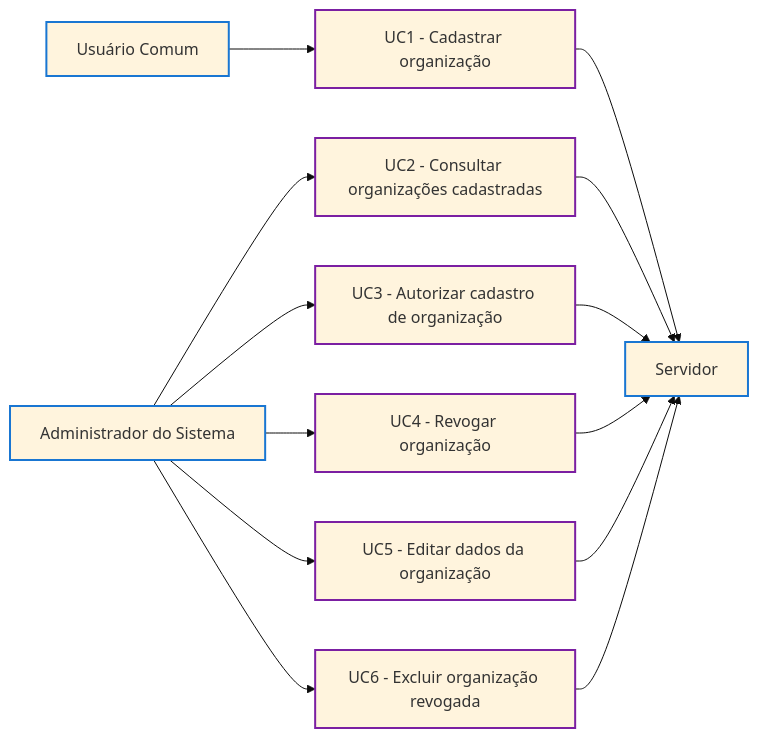
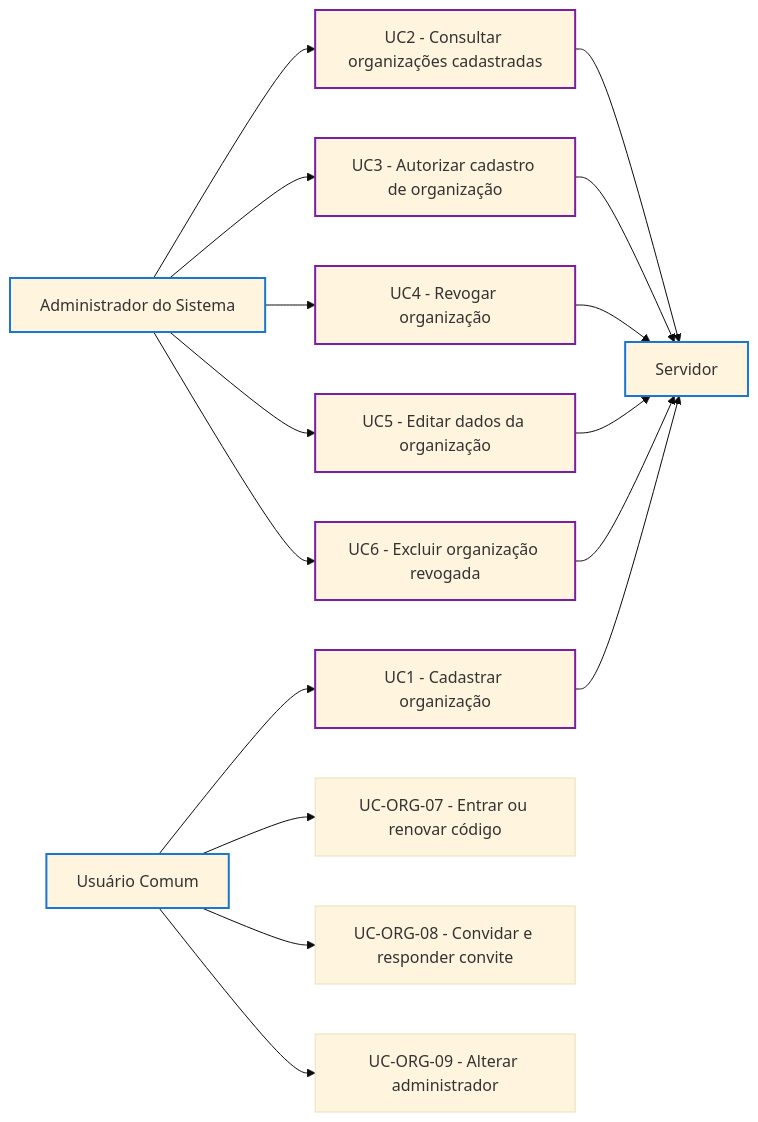
The diagram in 2 - Incremento1/cadastro-organizacao/1 - casos-uso-cadastro-organizacao.md (Conecta-IFSP/DOCUMENTATION), drawn with Mermaid (base theme) before and after one commit. The commit also changed other lines of this file and 43 other files, not shown here.

````diff
--- a/2 - Incremento1/cadastro-organizacao/1 - casos-uso-cadastro-organizacao.md
+++ b/2 - Incremento1/cadastro-organizacao/1 - casos-uso-cadastro-organizacao.md
@@ -3,33 +3,39 @@
 ```mermaid
 flowchart LR
     Usuario["Usuário Comum"]
     AdminSis["Administrador do Sistema"]
 
     UC1["UC1 - Cadastrar organização"]
     UC2["UC2 - Consultar organizações cadastradas"]
     UC3["UC3 - Autorizar cadastro de organização"]
     UC4["UC4 - Revogar organização"]
     UC5["UC5 - Editar dados da organização"]
     UC6["UC6 - Excluir organização revogada"]
+    UC7["UC-ORG-07 - Entrar ou renovar código"]
+    UC8["UC-ORG-08 - Convidar e responder convite"]
+    UC9["UC-ORG-09 - Alterar administrador"]
 
     Servidor["Servidor"]
 
     Usuario --> UC1
     AdminSis --> UC2
     AdminSis --> UC3
     AdminSis --> UC4
     AdminSis --> UC5
     AdminSis --> UC6
+    Usuario --> UC7
+    Usuario --> UC8
+    Usuario --> UC9
     UC1 --> Servidor
     UC2 --> Servidor
     UC3 --> Servidor
     UC4 --> Servidor
     UC5 --> Servidor
     UC6 --> Servidor
 
     classDef actor stroke:#1976d2,stroke-width:2px;
     classDef uc stroke:#7b1fa2,stroke-width:2px;
 
     class Usuario,AdminSis,Servidor actor;
     class UC1,UC2,UC3,UC4,UC5,UC6 uc;
 ```
````
